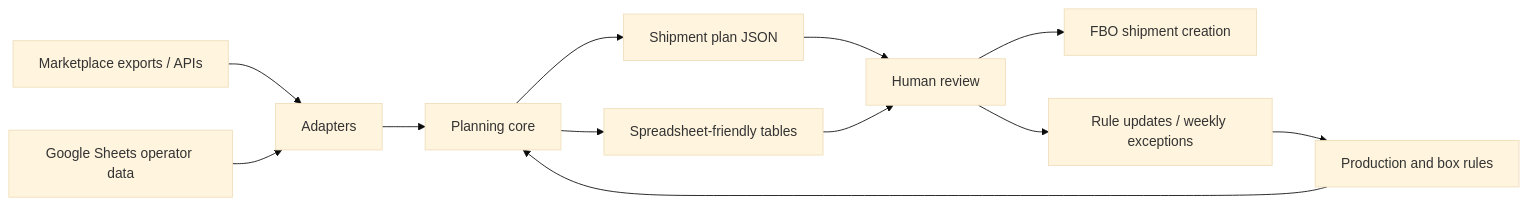
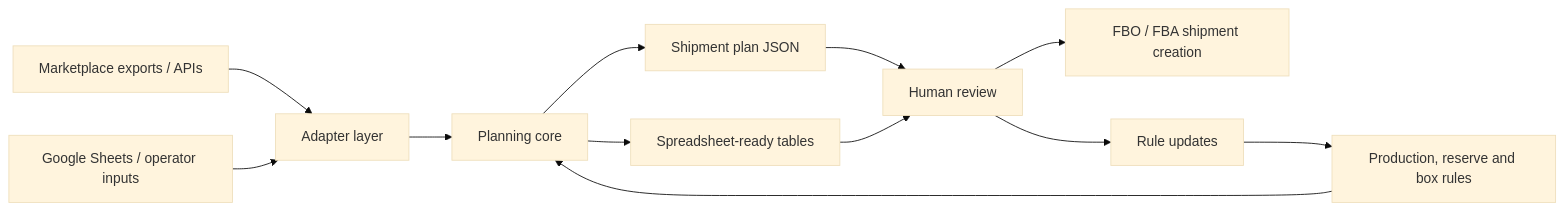
The diagram in README.md (Volchok09/marketplace-fbo-planner), drawn with Mermaid (base theme) before and after one commit. The commit also changed other lines of this file and 9 other files, not shown here.

````diff
--- a/README.md
+++ b/README.md
@@ -51,14 +38,14 @@
 ```mermaid
 flowchart LR
-    A["Marketplace exports / APIs"] --> B["Adapters"]
-    C["Google Sheets operator data"] --> B
-    D["Production and box rules"] --> E["Planning core"]
+    A["Marketplace exports / APIs"] --> B["Adapter layer"]
+    C["Google Sheets / operator inputs"] --> B
+    D["Production, reserve and box rules"] --> E["Planning core"]
     B --> E
     E --> F["Shipment plan JSON"]
-    E --> G["Spreadsheet-friendly tables"]
+    E --> G["Spreadsheet-ready tables"]
     F --> H["Human review"]
     G --> H
-    H --> I["FBO shipment creation"]
-    H --> J["Rule updates / weekly exceptions"]
+    H --> I["FBO / FBA shipment creation"]
+    H --> J["Rule updates"]
     J --> D
 ```
````
